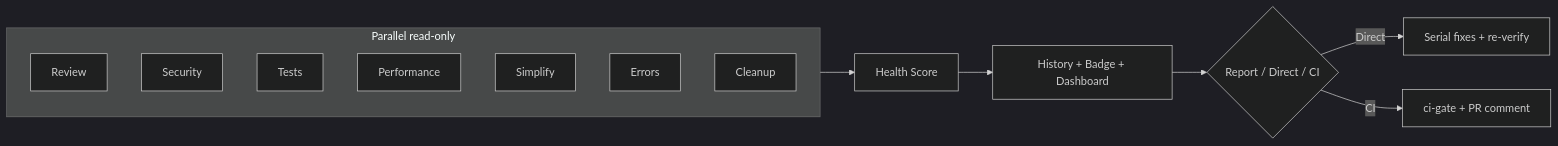
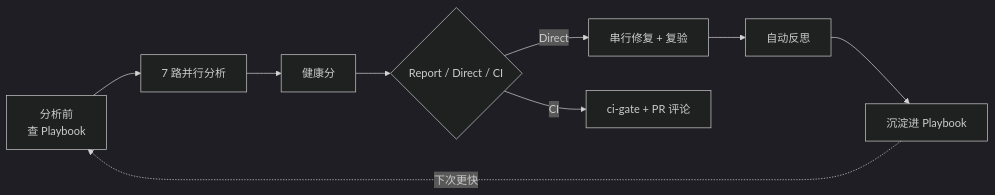
The first of 2 diagrams in README.md (whitequeen306/code-cortex-loop), drawn with Mermaid (dark theme) before and after one commit. The commit also changed other lines of this file and 68 other files, not shown here.

````diff
--- a/README.md
+++ b/README.md
@@ -19,17 +26,11 @@
 ```mermaid
 flowchart LR
-  subgraph analyze [Parallel read-only]
-    R[Review]
-    S[Security]
-    T[Tests]
-    P[Performance]
-    Sp[Simplify]
-    E[Errors]
-    C[Cleanup]
-  end
-  analyze --> Score[Health Score]
-  Score --> Post[History + Badge + Dashboard]
-  Post --> Out{Report / Direct / CI}
-  Out -->|Direct| Fix[Serial fixes + re-verify]
-  Out -->|CI| Gate[ci-gate + PR comment]
+  pre["分析前<br/>查 Playbook"] --> analyze["7 路并行分析"]
+  analyze --> Score["健康分"]
+  Score --> Out{"Report / Direct / CI"}
+  Out -->|Direct| Fix["串行修复 + 复验"]
+  Fix --> reflect["自动反思"]
+  reflect --> record["沉淀进 Playbook"]
+  record -.下次更快.-> pre
+  Out -->|CI| Gate["ci-gate + PR 评论"]
 ```
````
